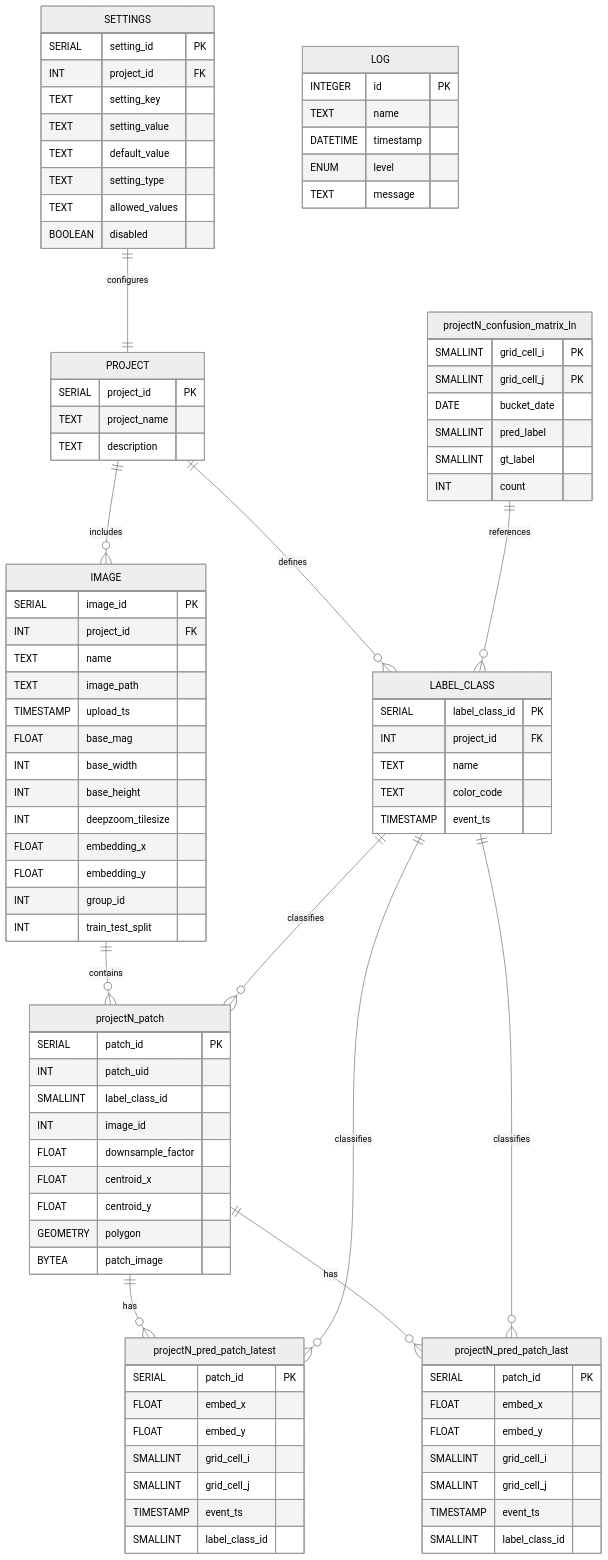
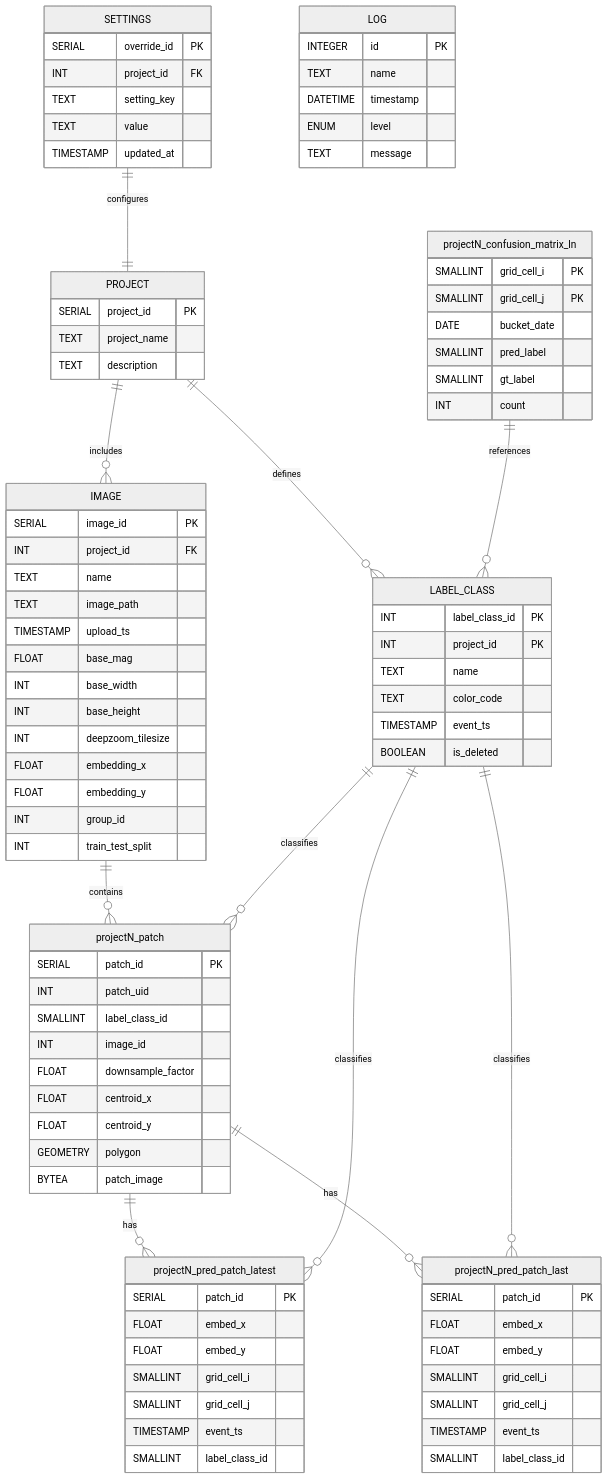
Before and after one commit to choosehappy/PatchSorter: the diagram in docs/source/design_material_draft2/db_technical_design.md, drawn with Mermaid (neutral theme). The commit also changed other lines of this file and 1 other file, not shown here.

First line of the commit message:
fix: update functional test fixtures and design doc for simplified settings schema

````diff
--- a/docs/source/design_material_draft2/db_technical_design.md
+++ b/docs/source/design_material_draft2/db_technical_design.md
@@ -234,14 +248,11 @@
 ```{mermaid}
 erDiagram
     SETTINGS {
-        SERIAL  setting_id PK
+        SERIAL  override_id PK
         INT     project_id FK
         TEXT    setting_key
-        TEXT    setting_value
-        TEXT    default_value
-        TEXT    setting_type
-        TEXT    allowed_values
-        BOOLEAN disabled
+        TEXT    value
+        TIMESTAMP updated_at
     }
     PROJECT {
         SERIAL project_id PK
@@ -264,11 +275,12 @@
         INT train_test_split
     }
     LABEL_CLASS {
-        SERIAL label_class_id PK
-        INT project_id FK
+        INT label_class_id PK
+        INT project_id PK
         TEXT name
         TEXT color_code
         TIMESTAMP event_ts
+        BOOLEAN is_deleted
     }
     projectN_patch {
         SERIAL patch_id PK
````
